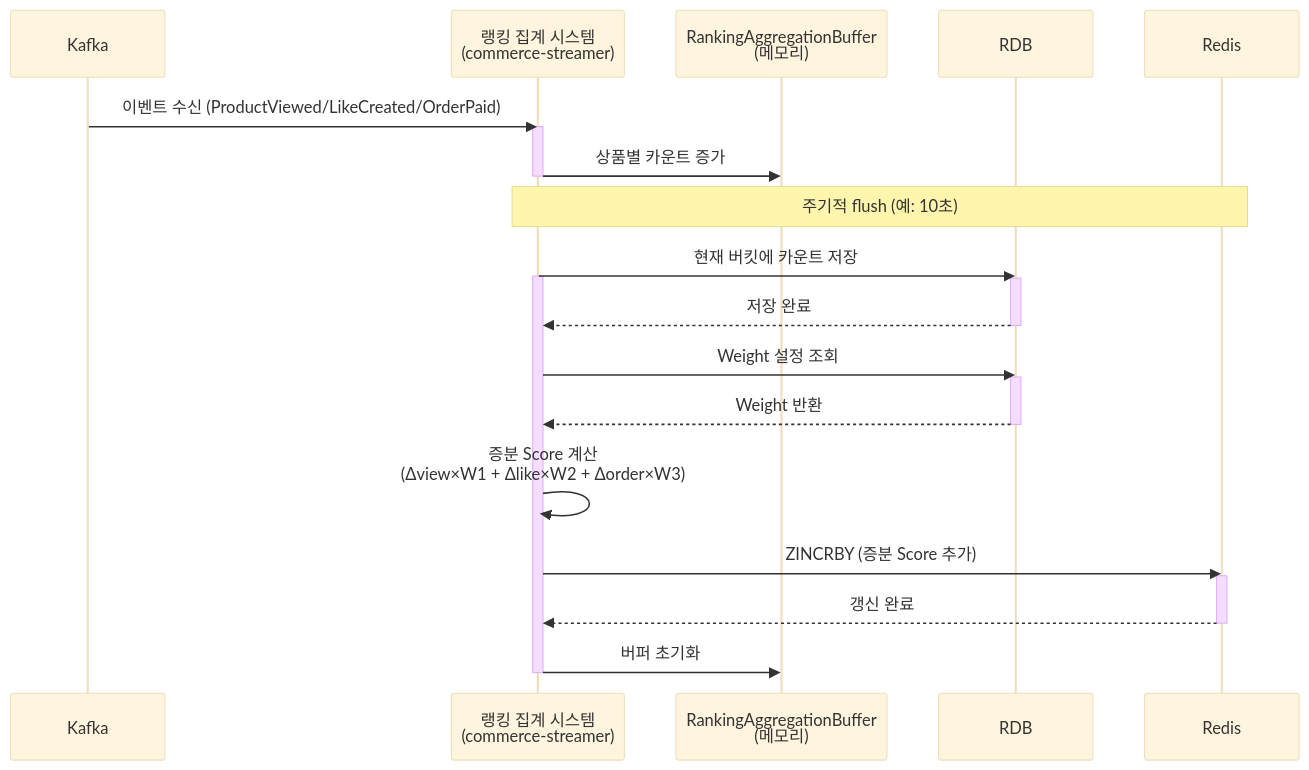
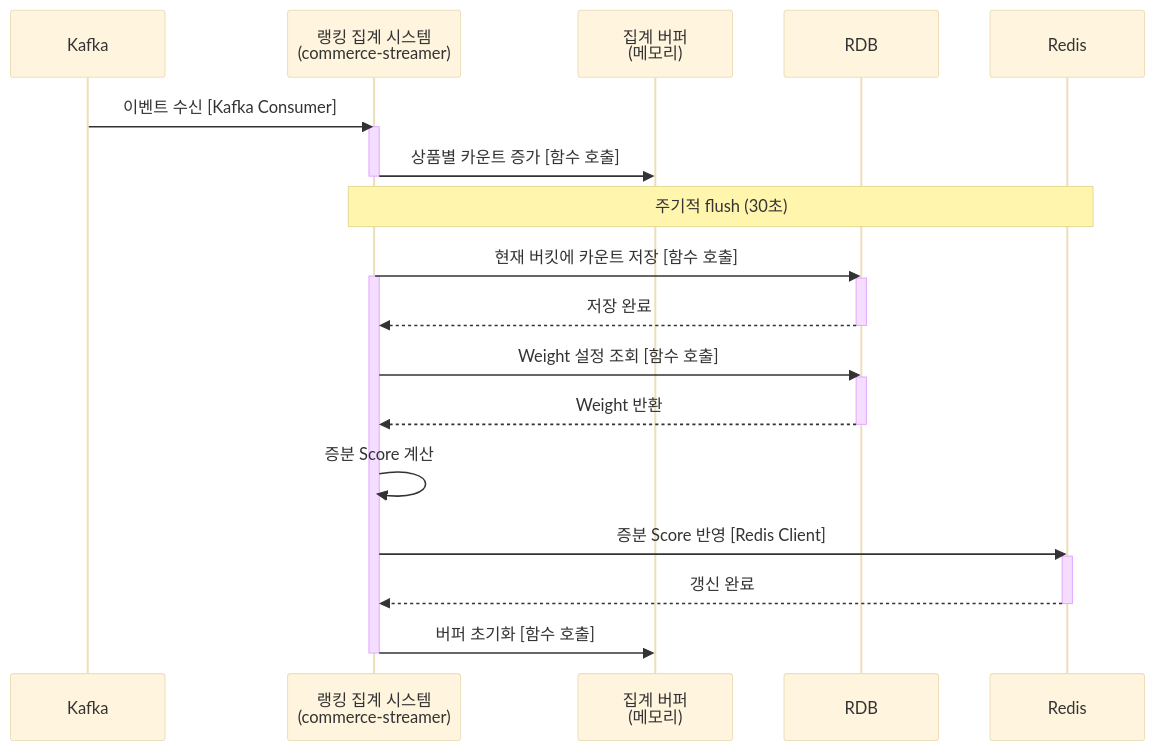
The first of 5 diagrams in docs/week9/solution-design-ranking-system.md (Loopers-dev-lab/loopers-spring-kotlin-template), drawn with Mermaid (base theme) before and after one commit. The commit also changed other lines of this file and 5 other files, not shown here.

````diff
--- a/docs/week9/solution-design-ranking-system.md
+++ b/docs/week9/solution-design-ranking-system.md
@@ -144,36 +122,36 @@
 ```mermaid
 sequenceDiagram
     participant K as Kafka
     participant CS as 랭킹 집계 시스템<br/>(commerce-streamer)
-    participant BUF as RankingAggregationBuffer<br/>(메모리)
+    participant BUF as 집계 버퍼<br/>(메모리)
     participant DB as RDB
     participant R as Redis
 
-    K->>CS: 이벤트 수신 (ProductViewed/LikeCreated/OrderPaid)
+    K->>CS: 이벤트 수신 [Kafka Consumer]
     activate CS
-    CS->>BUF: 상품별 카운트 증가
+    CS->>BUF: 상품별 카운트 증가 [함수 호출]
     deactivate CS
 
-    Note over CS,R: 주기적 flush (예: 10초)
+    Note over CS,R: 주기적 flush (30초)
 
-    CS->>DB: 현재 버킷에 카운트 저장
+    CS->>DB: 현재 버킷에 카운트 저장 [함수 호출]
     activate CS
     activate DB
     DB-->>CS: 저장 완료
     deactivate DB
     
-    CS->>DB: Weight 설정 조회
+    CS->>DB: Weight 설정 조회 [함수 호출]
     activate DB
     DB-->>CS: Weight 반환
     deactivate DB
     
-    CS->>CS: 증분 Score 계산<br/>(Δview×W1 + Δlike×W2 + Δorder×W3)
+    CS->>CS: 증분 Score 계산
     
-    CS->>R: ZINCRBY (증분 Score 추가)
+    CS->>R: 증분 Score 반영 [Redis Client]
     activate R
     R-->>CS: 갱신 완료
     deactivate R
     
-    CS->>BUF: 버퍼 초기화
+    CS->>BUF: 버퍼 초기화 [함수 호출]
     deactivate CS
 ```
````
